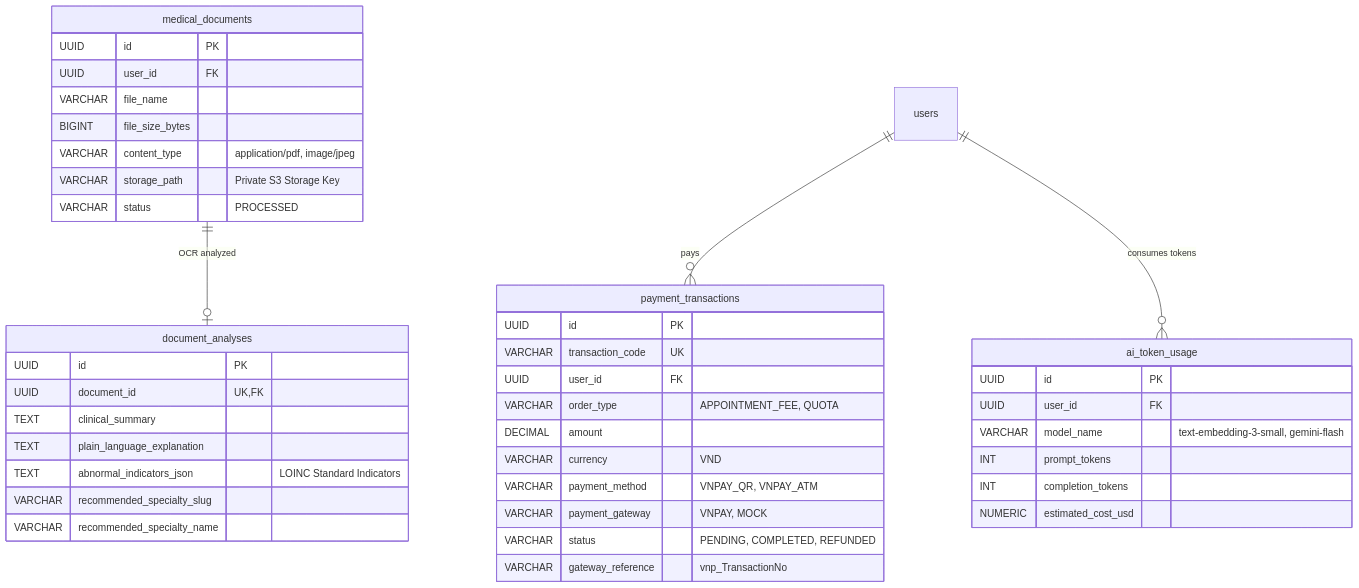
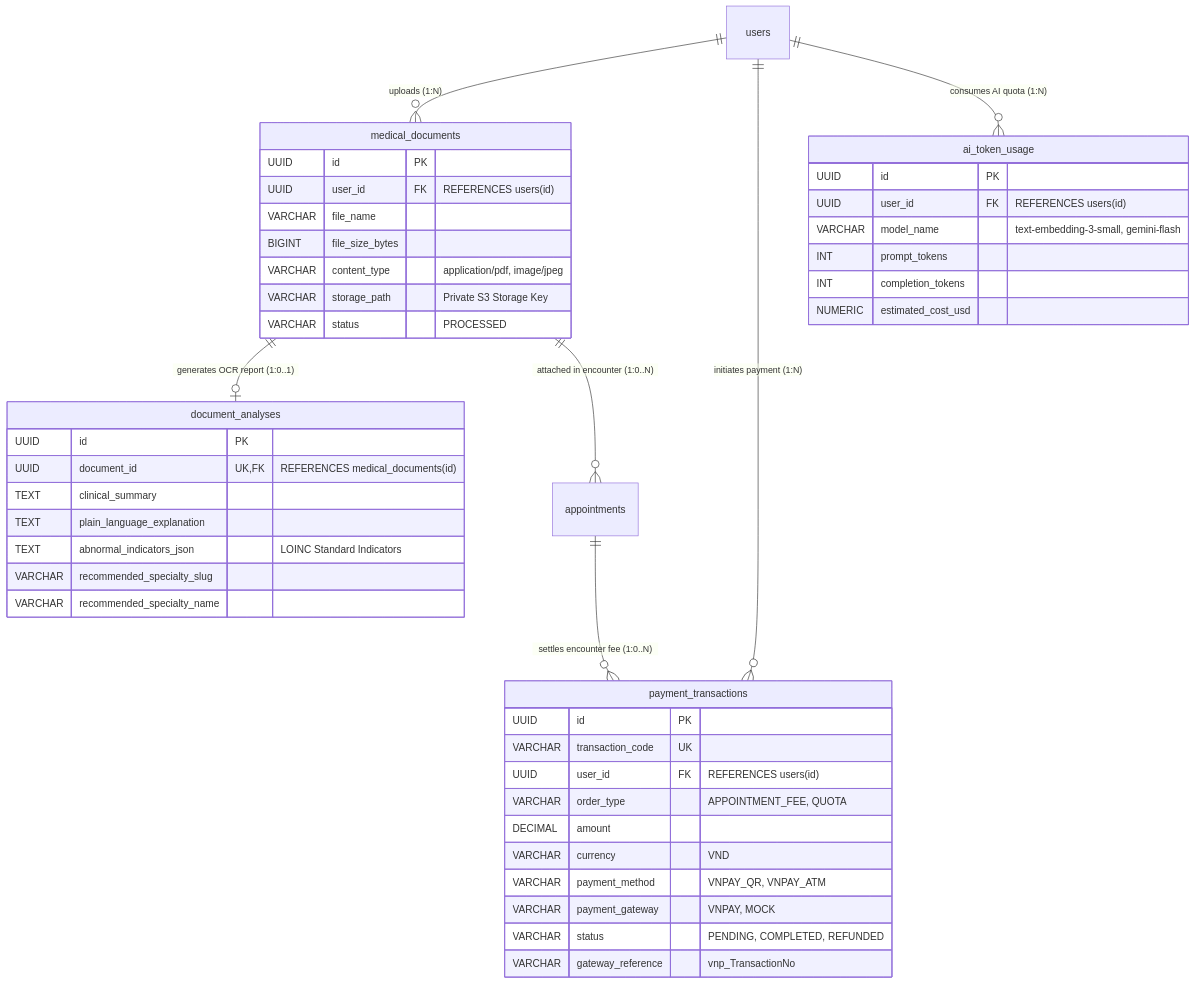
The fifth of 5 diagrams in docs/DATABASE_DESIGN.md (vinhhotff/KLTN-medical-assistant), drawn with Mermaid before and after one commit. The commit also changed other lines of this file and 52 other files, not shown here.

````diff
--- a/docs/DATABASE_DESIGN.md
+++ b/docs/DATABASE_DESIGN.md
@@ -201,45 +231,48 @@
 ```mermaid
 erDiagram
-    medical_documents ||--o| document_analyses : "OCR analyzed"
-    users ||--o{ payment_transactions : "pays"
-    users ||--o{ ai_token_usage : "consumes tokens"
+    users ||--o{ medical_documents : "uploads (1:N)"
+    medical_documents ||--o| document_analyses : "generates OCR report (1:0..1)"
+    medical_documents ||--o{ appointments : "attached in encounter (1:0..N)"
+    users ||--o{ payment_transactions : "initiates payment (1:N)"
+    appointments ||--o{ payment_transactions : "settles encounter fee (1:0..N)"
+    users ||--o{ ai_token_usage : "consumes AI quota (1:N)"
 
     medical_documents {
         UUID id PK
-        UUID user_id FK
+        UUID user_id FK "REFERENCES users(id)"
         VARCHAR file_name
         BIGINT file_size_bytes
         VARCHAR content_type "application/pdf, image/jpeg"
         VARCHAR storage_path "Private S3 Storage Key"
         VARCHAR status "PROCESSED"
     }
     document_analyses {
         UUID id PK
-        UUID document_id UK, FK
+        UUID document_id UK, FK "REFERENCES medical_documents(id)"
         TEXT clinical_summary
         TEXT plain_language_explanation
         TEXT abnormal_indicators_json "LOINC Standard Indicators"
         VARCHAR recommended_specialty_slug
         VARCHAR recommended_specialty_name
     }
     payment_transactions {
         UUID id PK
         VARCHAR transaction_code UK
-        UUID user_id FK
+        UUID user_id FK "REFERENCES users(id)"
         VARCHAR order_type "APPOINTMENT_FEE, QUOTA"
         DECIMAL amount
         VARCHAR currency "VND"
         VARCHAR payment_method "VNPAY_QR, VNPAY_ATM"
         VARCHAR payment_gateway "VNPAY, MOCK"
         VARCHAR status "PENDING, COMPLETED, REFUNDED"
         VARCHAR gateway_reference "vnp_TransactionNo"
     }
     ai_token_usage {
         UUID id PK
-        UUID user_id FK
+        UUID user_id FK "REFERENCES users(id)"
         VARCHAR model_name "text-embedding-3-small, gemini-flash"
         INT prompt_tokens
         INT completion_tokens
         NUMERIC estimated_cost_usd
     }
 ```
````
